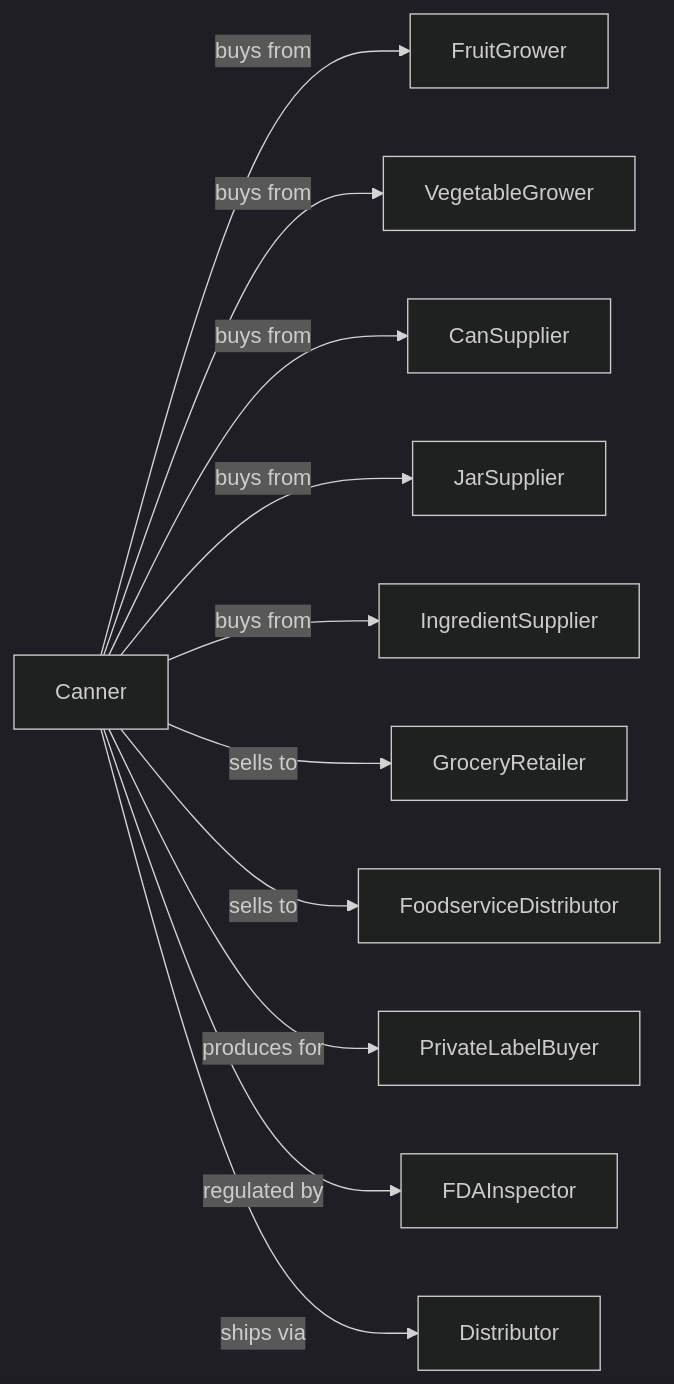
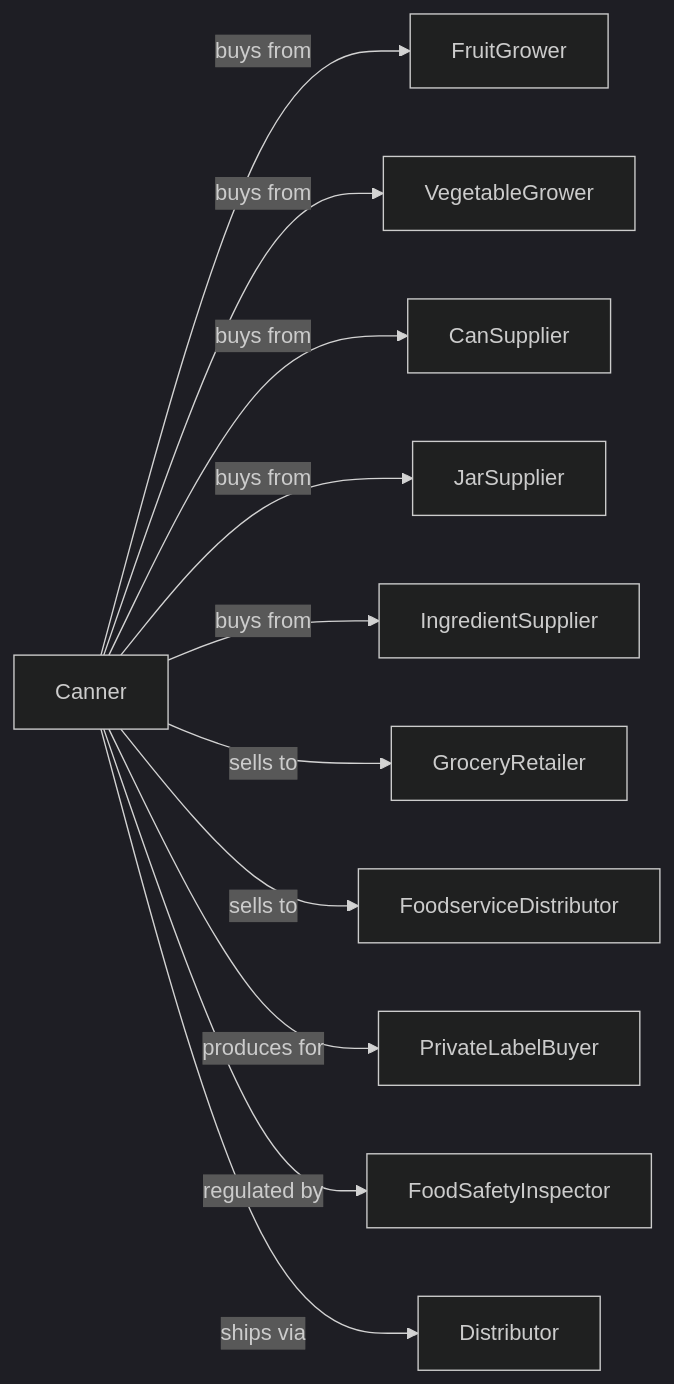
One commit to dot-org-ai/industries.org.ai changed the second of 2 diagrams in Manufacturing/FoodManufacturing/FruitAndVegetablePreservingAndSpecialtyFoodManufacturing/FruitAndVegetableCanning.mdx. Above: the diagram before and after it, drawn with Mermaid (dark theme). The commit also changed other lines of this file and 639 other files, not shown here.

````diff
--- a/Manufacturing/FoodManufacturing/FruitAndVegetablePreservingAndSpecialtyFoodManufacturing/FruitAndVegetableCanning.mdx
+++ b/Manufacturing/FoodManufacturing/FruitAndVegetablePreservingAndSpecialtyFoodManufacturing/FruitAndVegetableCanning.mdx
@@ -140,15 +140,15 @@
 ```mermaid
 graph LR
     C[Canner]
 
     C -->|buys from| FruitGrower
     C -->|buys from| VegetableGrower
     C -->|buys from| CanSupplier
     C -->|buys from| JarSupplier
     C -->|buys from| IngredientSupplier
     C -->|sells to| GroceryRetailer
     C -->|sells to| FoodserviceDistributor
     C -->|produces for| PrivateLabelBuyer
-    C -->|regulated by| FDAInspector
+    C -->|regulated by| FoodSafetyInspector
     C -->|ships via| Distributor
 ```
````
